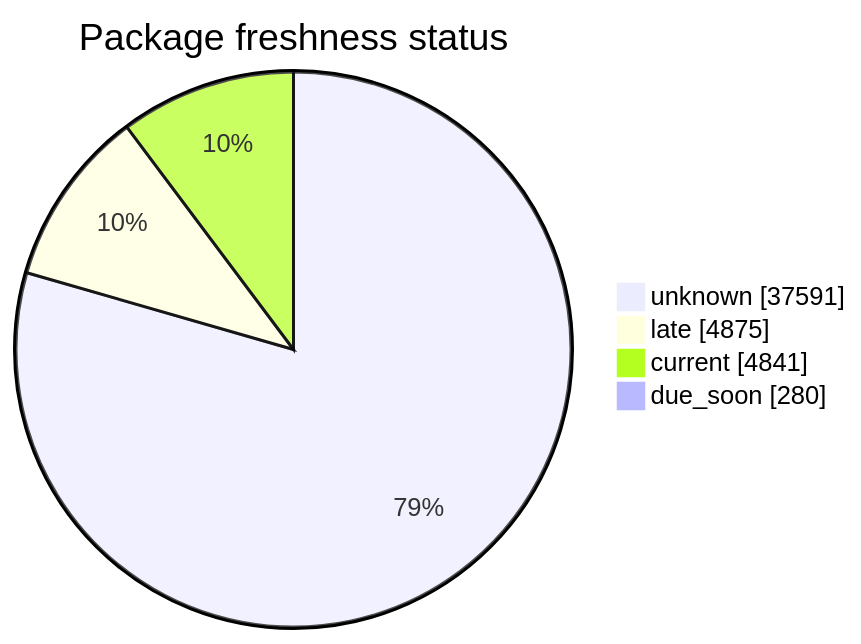
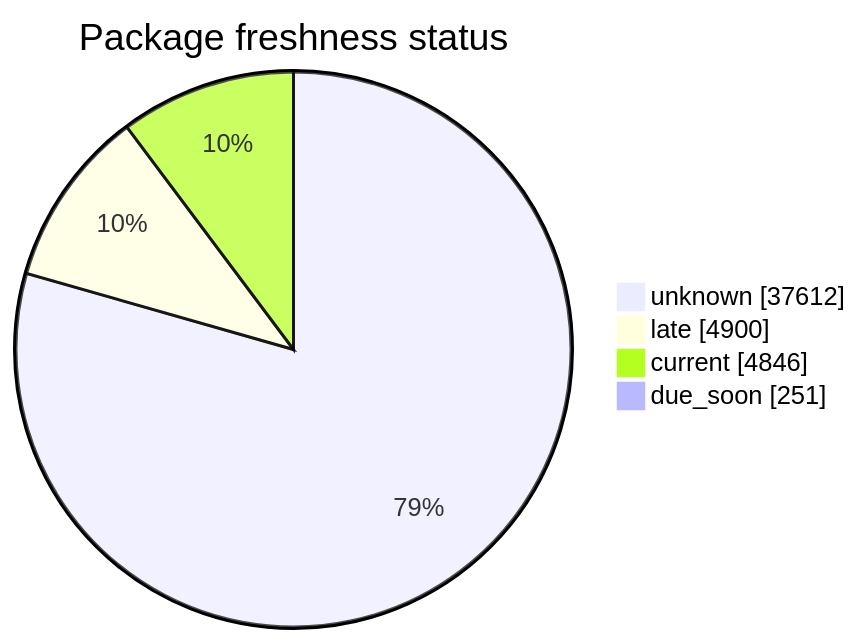
One commit to open-data/analytics-corporate-reporting changed the second of 5 diagrams in FreshCheck/README.md. Above: the diagram before and after it, drawn with Mermaid. The commit also changed other lines of this file and 3 other files, not shown here.

````diff
--- a/FreshCheck/README.md
+++ b/FreshCheck/README.md
@@ -69,7 +68,7 @@
 ```mermaid
 pie showData title Package freshness status
-    "unknown": 37591
-    "late": 4875
-    "current": 4841
-    "due_soon": 280
+    "unknown": 37612
+    "late": 4900
+    "current": 4846
+    "due_soon": 251
 ```
````
